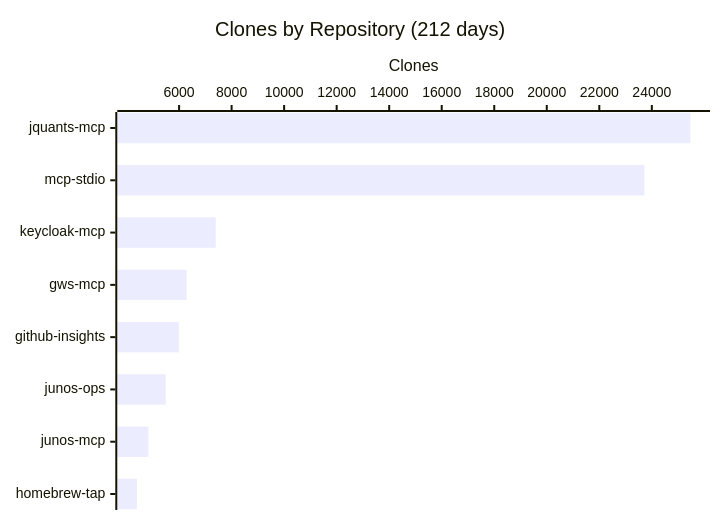
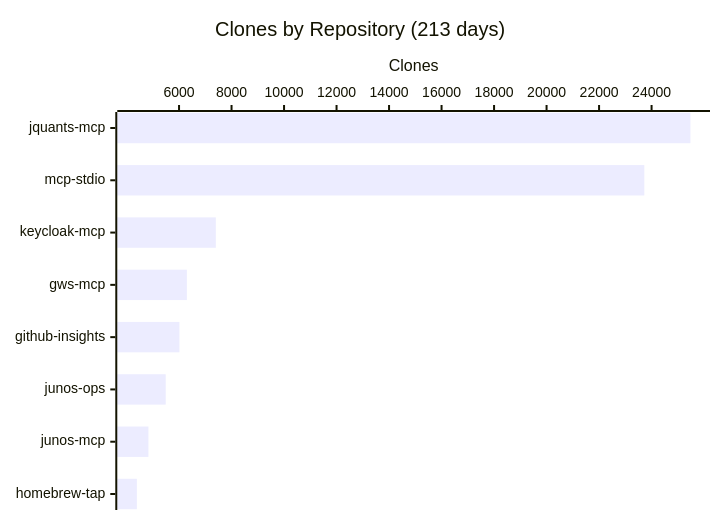
One commit to shigechika/github-insights changed the fourth of 4 diagrams in README.md. Above: the diagram before and after it, drawn with Mermaid. The commit also changed other lines of this file and 2 other files, not shown here.

````diff
--- a/README.md
+++ b/README.md
@@ -58,7 +58,7 @@
 ```mermaid
 xychart-beta horizontal
-    title "Clones by Repository (212 days)"
+    title "Clones by Repository (213 days)"
     x-axis ["jquants-mcp", "mcp-stdio", "keycloak-mcp", "gws-mcp", "github-insights", "junos-ops", "junos-mcp", "homebrew-tap"]
     y-axis "Clones"
-    bar [25470, 23717, 7397, 6289, 5992, 5492, 4833, 4392]
+    bar [25480, 23723, 7402, 6298, 6014, 5492, 4834, 4393]
 ```
````
